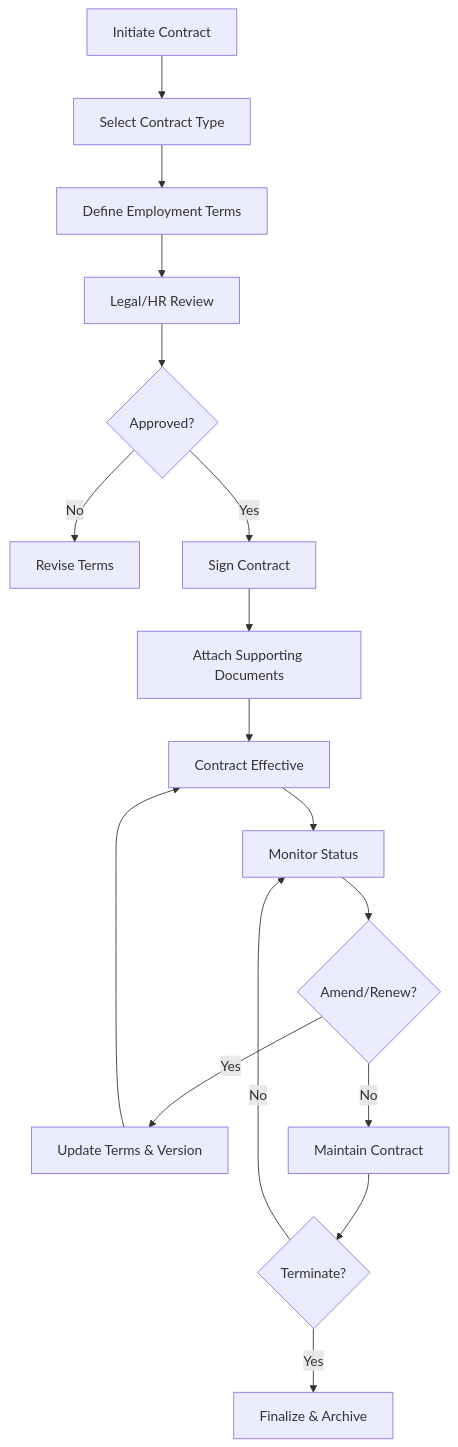
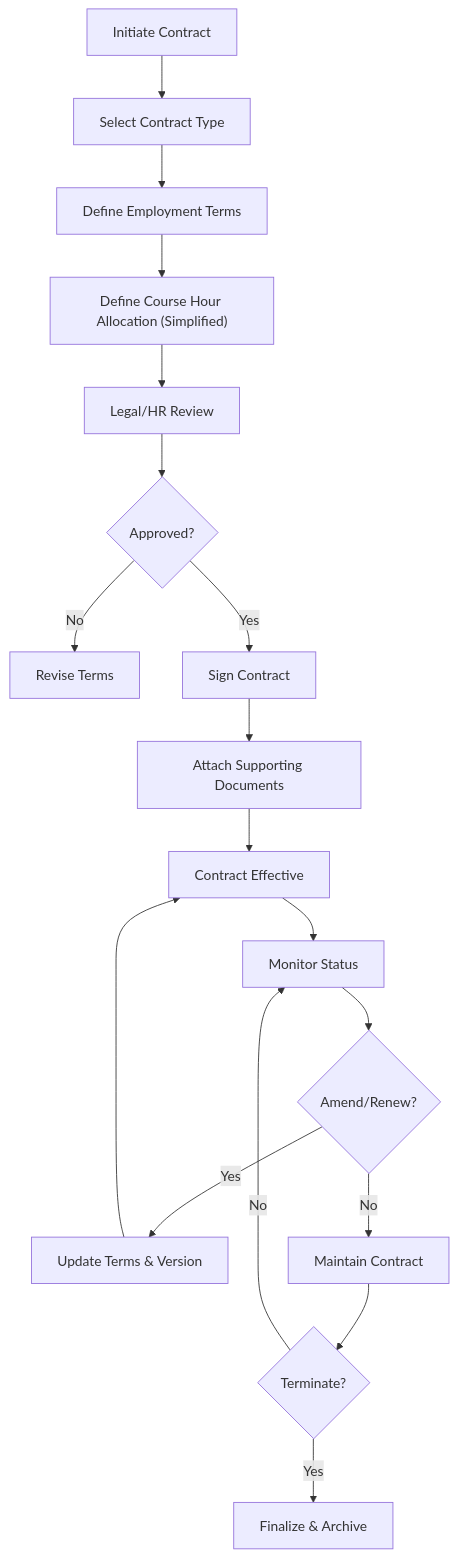
The fifth of 8 diagrams in .qoder/repowiki/en/content/Human Resources Management/Personnel Administration/Personnel Administration.md (franckylab/eLISAschool), drawn with Mermaid before and after one commit. The commit also changed other lines of this file and 49 other files, not shown here.

````diff
--- a/.qoder/repowiki/en/content/Human Resources Management/Personnel Administration/Personnel Administration.md
+++ b/.qoder/repowiki/en/content/Human Resources Management/Personnel Administration/Personnel Administration.md
@@ -290,19 +317,20 @@
 ```mermaid
 flowchart TD
 Init["Initiate Contract"] --> Type["Select Contract Type"]
 Type --> Terms["Define Employment Terms"]
-Terms --> Review["Legal/HR Review"]
+Terms --> CourseHours["Define Course Hour Allocation (Simplified)"]
+CourseHours --> Review["Legal/HR Review"]
 Review --> Approve{"Approved?"}
 Approve --> |No| Revise["Revise Terms"]
 Approve --> |Yes| Sign["Sign Contract"]
 Sign --> AttachDocs["Attach Supporting Documents"]
 AttachDocs --> Effective["Contract Effective"]
 Effective --> Monitor["Monitor Status"]
 Monitor --> Amend{"Amend/Renew?"}
 Amend --> |Yes| Update["Update Terms & Version"]
 Amend --> |No| Continue["Maintain Contract"]
 Update --> Effective
 Continue --> Terminate{"Terminate?"}
 Terminate --> |Yes| EndContract["Finalize & Archive"]
 Terminate --> |No| Monitor
 ```
````
